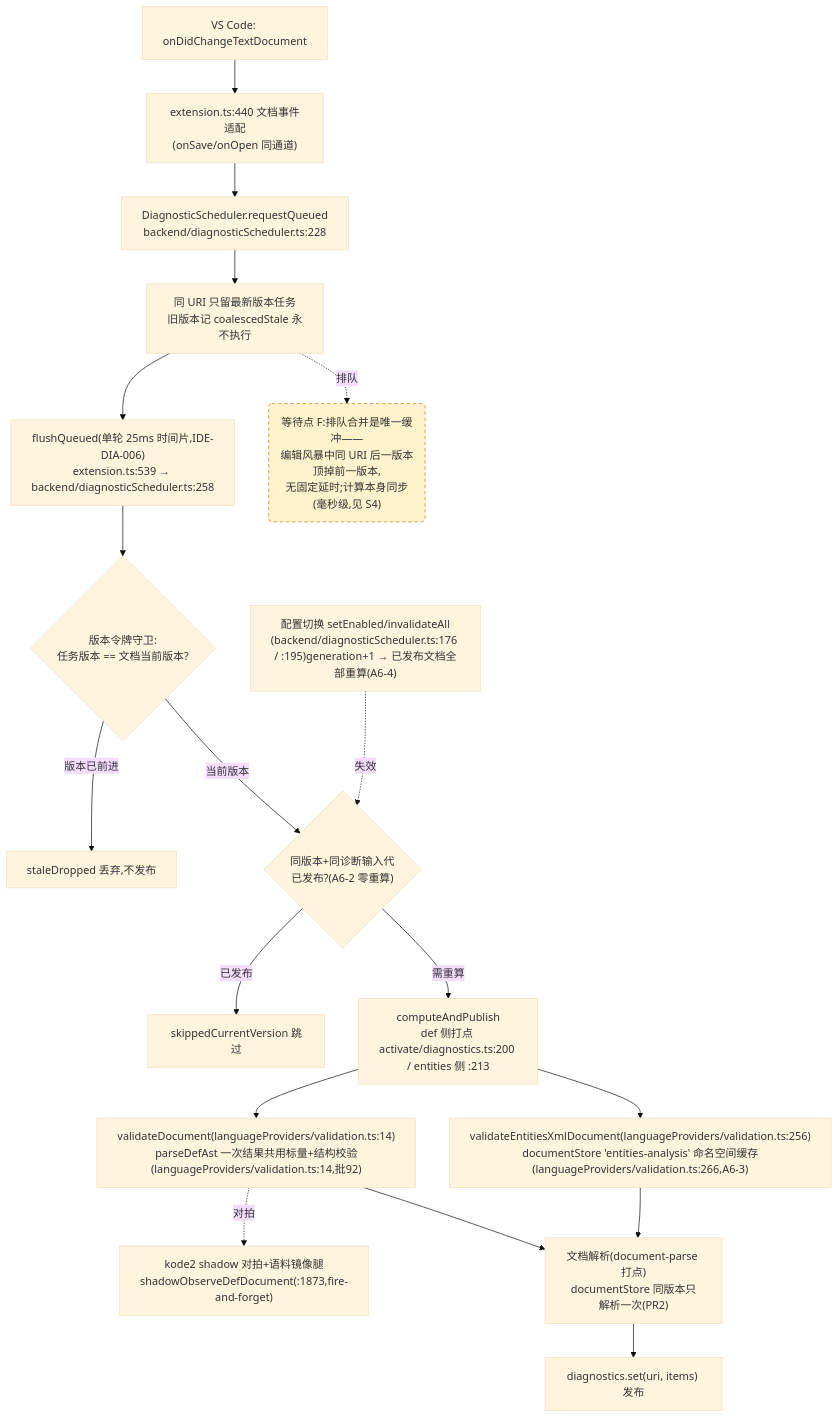
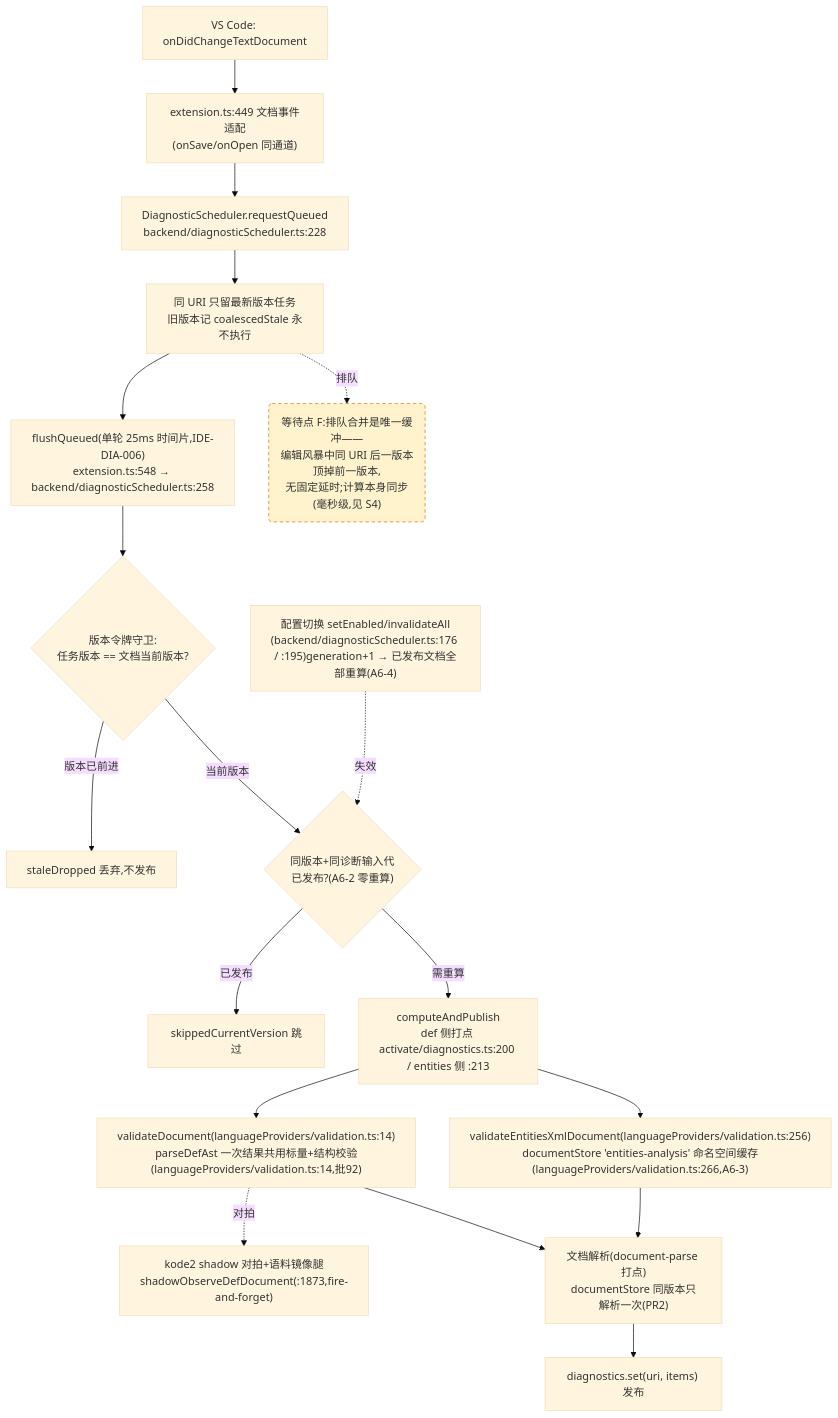
One commit to cuihairu/kode changed the fourth of 4 diagrams in docs/perf/2026-baseline.md. Above: the diagram before and after it, drawn with Mermaid (base theme). The commit also changed 3 other files, not shown here.

````diff
--- a/docs/perf/2026-baseline.md
+++ b/docs/perf/2026-baseline.md
@@ -230,38 +230,38 @@
 ```mermaid
 flowchart TD
   CHG["VS Code: onDidChangeTextDocument"]
-  WATCH["extension.ts:440 文档事件适配<br/>(onSave/onOpen 同通道)"]
+  WATCH["extension.ts:449 文档事件适配<br/>(onSave/onOpen 同通道)"]
   RQ["DiagnosticScheduler.requestQueued<br/>backend/diagnosticScheduler.ts:228"]
   CO["同 URI 只留最新版本任务<br/>旧版本记 coalescedStale 永不执行"]
-  FL["flushQueued(单轮 25ms 时间片,IDE-DIA-006)<br/>extension.ts:539 → backend/diagnosticScheduler.ts:258"]
+  FL["flushQueued(单轮 25ms 时间片,IDE-DIA-006)<br/>extension.ts:548 → backend/diagnosticScheduler.ts:258"]
   VG{"版本令牌守卫:<br/>任务版本 == 文档当前版本?"}
   DROP["staleDropped 丢弃,不发布"]
   GEN{"同版本+同诊断输入代<br/>已发布?(A6-2 零重算)"}
   SKIP["skippedCurrentVersion 跳过"]
   CALC["computeAndPublish<br/>def 侧打点 activate/diagnostics.ts:200 / entities 侧 :213"]
   VD["validateDocument(languageProviders/validation.ts:14)<br/>parseDefAst 一次结果共用标量+结构校验(languageProviders/validation.ts:14,批92)"]
   VEX["validateEntitiesXmlDocument(languageProviders/validation.ts:256)<br/>documentStore 'entities-analysis' 命名空间缓存(languageProviders/validation.ts:266,A6-3)"]
   SHDD["kode2 shadow 对拍+语料镜像腿<br/>shadowObserveDefDocument(:1873,fire-and-forget)"]
   DS["文档解析(document-parse 打点)<br/>documentStore 同版本只解析一次(PR2)"]
   PUB["diagnostics.set(uri, items) 发布"]
   CFG2["配置切换 setEnabled/invalidateAll<br/>(backend/diagnosticScheduler.ts:176 / :195)generation+1 → 已发布文档全部重算(A6-4)"]
 
   CHG --> WATCH --> RQ --> CO --> FL --> VG
   VG -- "版本已前进" --> DROP
   VG -- "当前版本" --> GEN
   GEN -- "已发布" --> SKIP
   GEN -- "需重算" --> CALC
   CALC --> VD
   CALC --> VEX
   VD --> DS
   VEX --> DS
   DS --> PUB
   VD -.->|对拍| SHDD
   CFG2 -.->|失效| GEN
 
   WAITF("等待点 F:排队合并是唯一缓冲——<br/>编辑风暴中同 URI 后一版本顶掉前一版本,<br/>无固定延时;计算本身同步(毫秒级,见 S4)")
   CO -.->|排队| WAITF
 
   classDef waitPoint fill:#fff3cd,stroke:#d97706,stroke-dasharray:5 4;
   class WAITF waitPoint;
 ```
````
